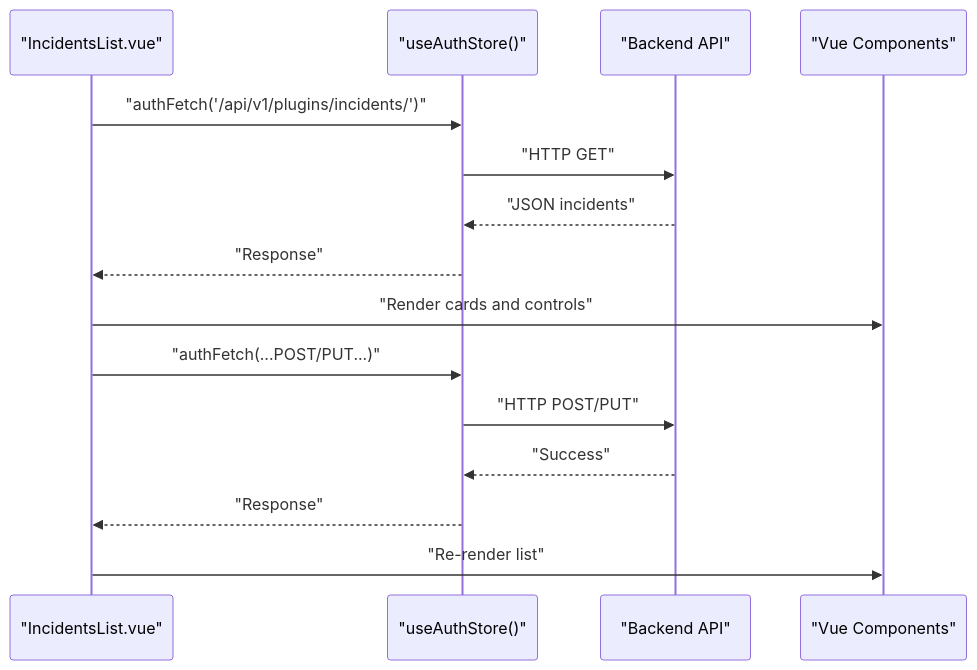
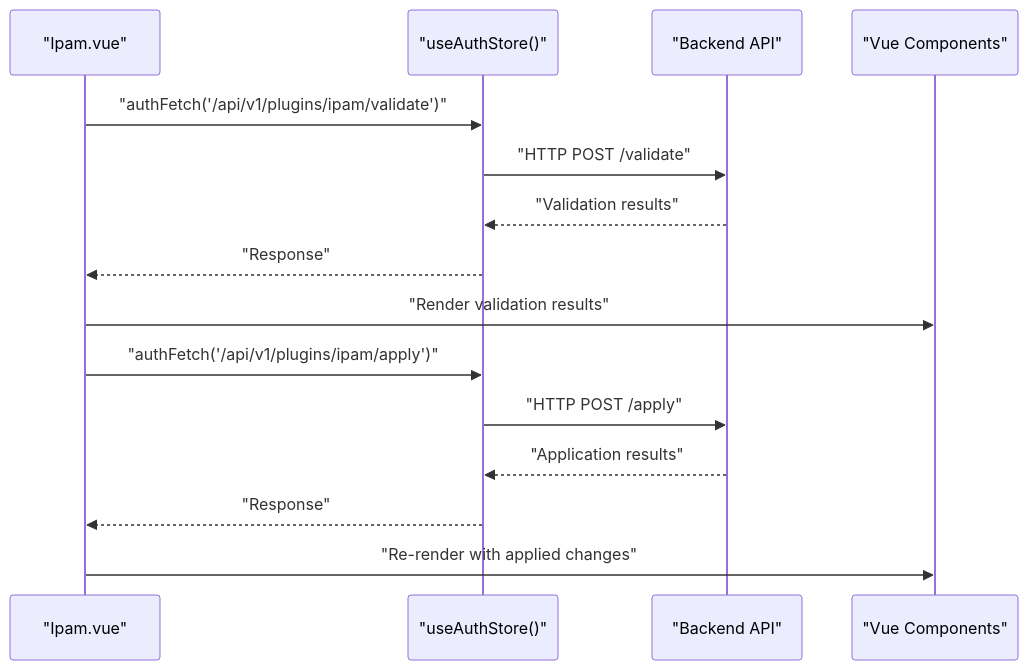
The eighth of 10 diagrams in .qoder/repowiki/en/content/Plugin System Architecture/Frontend Plugin Integration.md (Nikita5543/New-SSO-02), drawn with Mermaid before and after one commit. The commit also changed other lines of this file and 3 other files, not shown here.

````diff
--- a/.qoder/repowiki/en/content/Plugin System Architecture/Frontend Plugin Integration.md
+++ b/.qoder/repowiki/en/content/Plugin System Architecture/Frontend Plugin Integration.md
@@ -297,17 +333,17 @@
 ```mermaid
 sequenceDiagram
-participant View as "IncidentsList.vue"
+participant View as "Ipam.vue"
 participant Auth as "useAuthStore()"
 participant API as "Backend API"
 participant UI as "Vue Components"
-View->>Auth : "authFetch('/api/v1/plugins/incidents/')"
-Auth->>API : "HTTP GET"
-API-->>Auth : "JSON incidents"
+View->>Auth : "authFetch('/api/v1/plugins/ipam/validate')"
+Auth->>API : "HTTP POST /validate"
+API-->>Auth : "Validation results"
 Auth-->>View : "Response"
-View->>UI : "Render cards and controls"
-View->>Auth : "authFetch(...POST/PUT...)"
-Auth->>API : "HTTP POST/PUT"
-API-->>Auth : "Success"
+View->>UI : "Render validation results"
+View->>Auth : "authFetch('/api/v1/plugins/ipam/apply')"
+Auth->>API : "HTTP POST /apply"
+API-->>Auth : "Application results"
 Auth-->>View : "Response"
-View->>UI : "Re-render list"
+View->>UI : "Re-render with applied changes"
 ```
````
